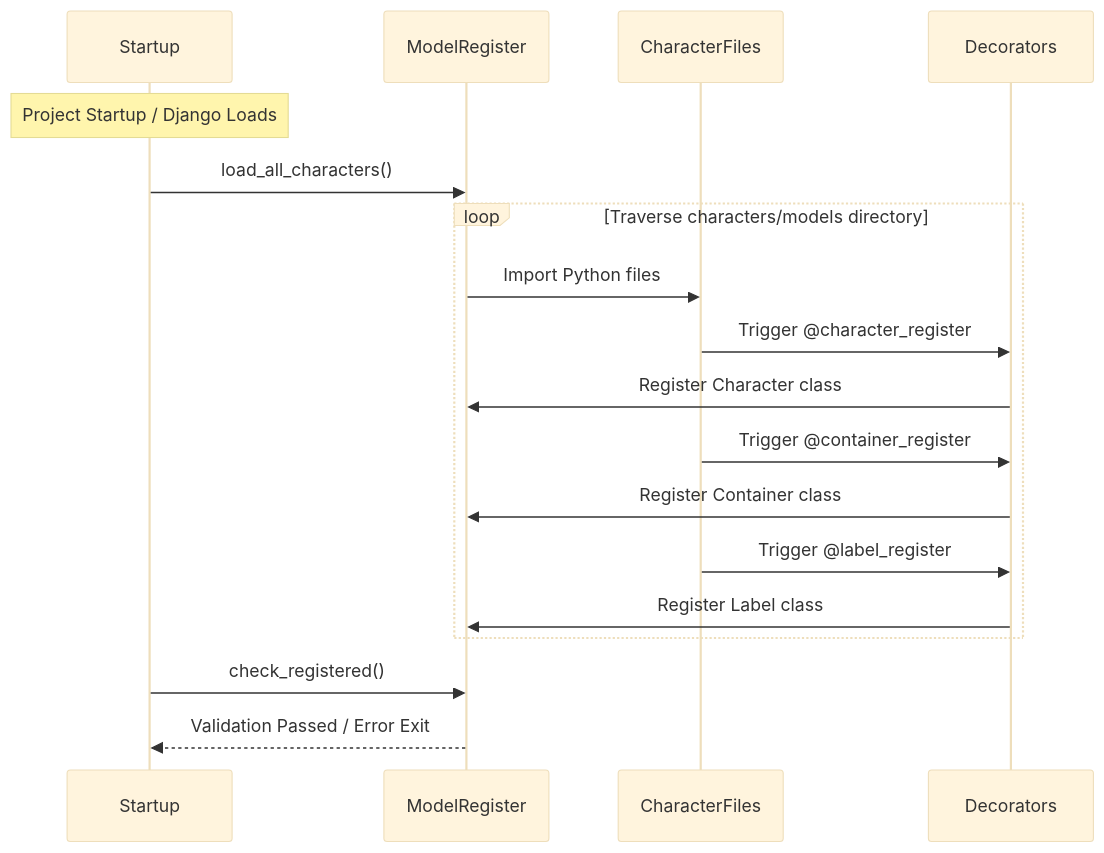
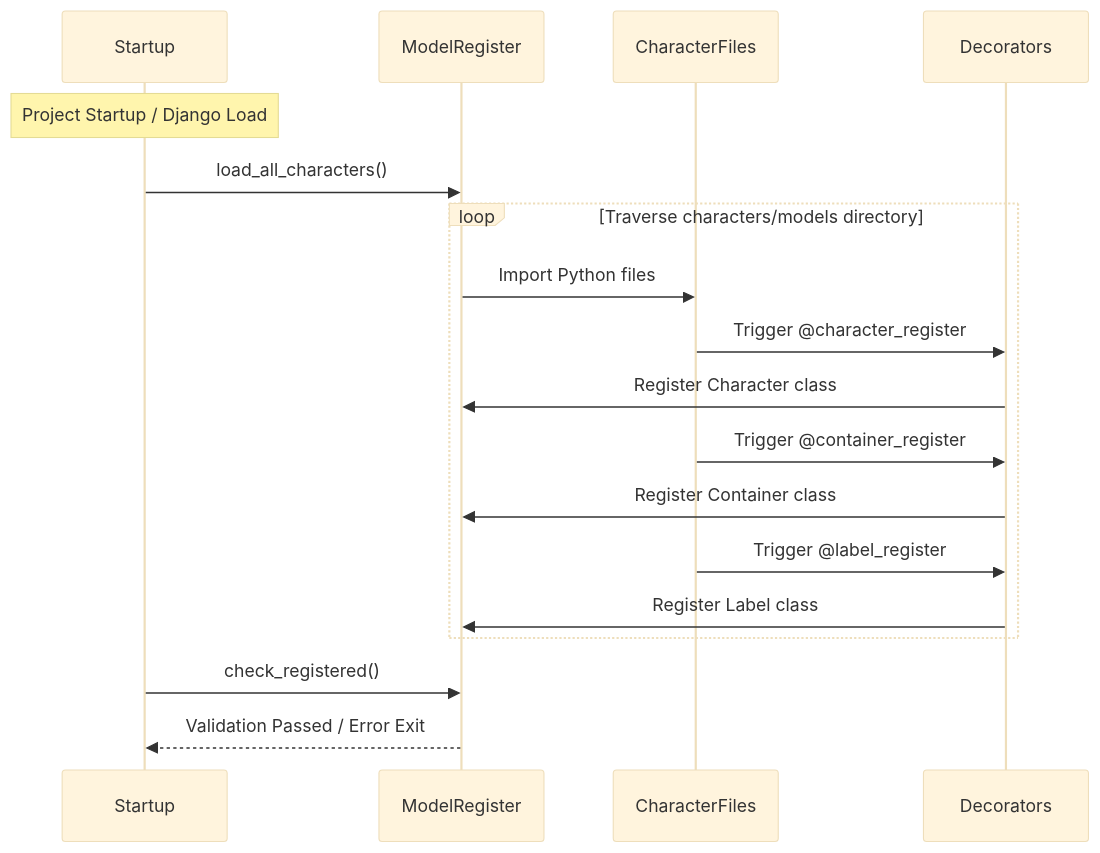
Diagram 35 of 47 in readme.md (lizzary/Quantitative-Strategy-Management-and-Monitoring-System-Platform), drawn with Mermaid (base theme) before and after one commit. The commit also changed other lines of this file, not shown here.

````diff
--- a/readme.md
+++ b/readme.md
@@ -2435,25 +2575,25 @@
 ```mermaid
 sequenceDiagram
     participant Startup
     participant ModelRegister
     participant CharacterFiles
     participant Decorators
     
-    Note over Startup: Project Startup / Django Loads
+    Note over Startup: Project Startup / Django Load
     Startup->>ModelRegister: load_all_characters()
     
     loop Traverse characters/models directory
         ModelRegister->>CharacterFiles: Import Python files
         CharacterFiles->>Decorators: Trigger @character_register
         Decorators->>ModelRegister: Register Character class
         
         CharacterFiles->>Decorators: Trigger @container_register
         Decorators->>ModelRegister: Register Container class
         
         CharacterFiles->>Decorators: Trigger @label_register  
         Decorators->>ModelRegister: Register Label class
     end
     
     Startup->>ModelRegister: check_registered()
     ModelRegister-->>Startup: Validation Passed / Error Exit
 ```
````
